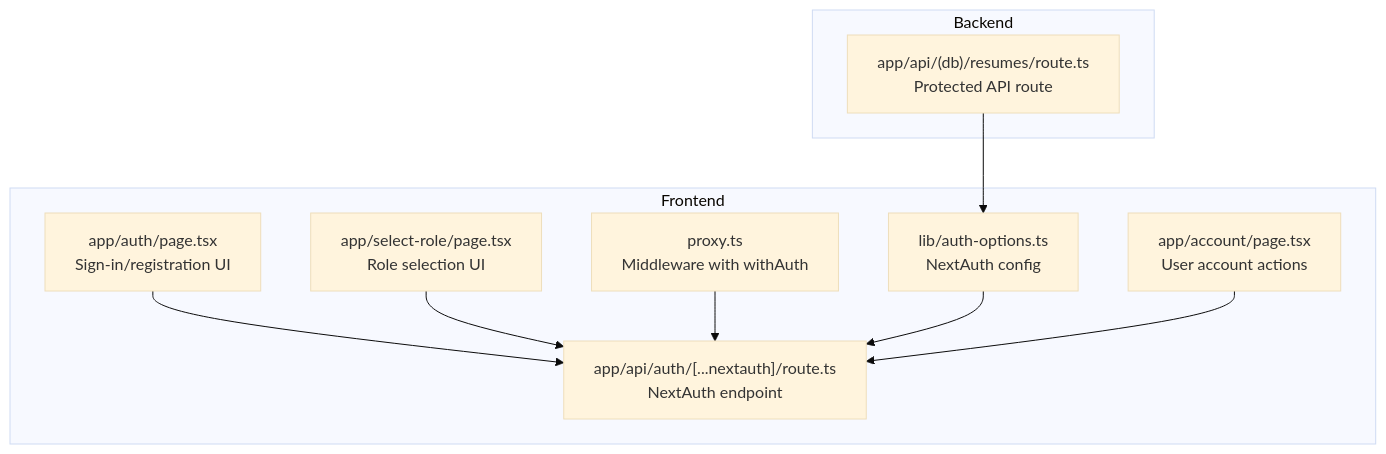
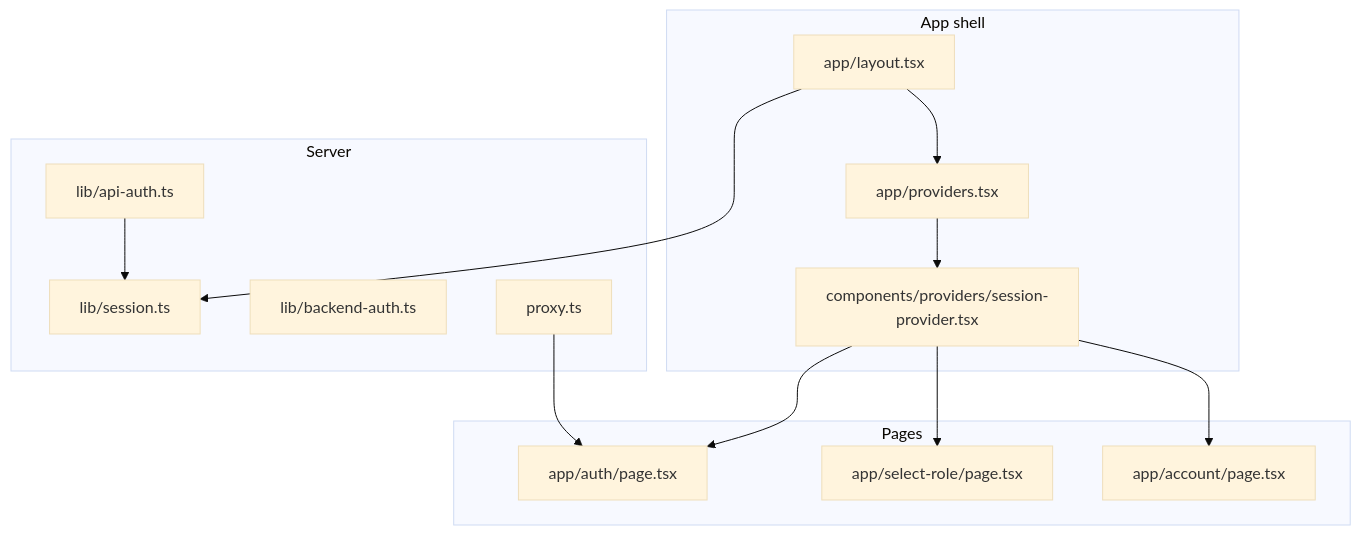
The first of 3 diagrams in src/data/docs/talentsync/Frontend Application/State Management/Authentication State.md (tashifkhan/tashif.codes), drawn with Mermaid (base theme) before and after one commit. The commit also changed other lines of this file and 2128 other files, not shown here.

First line of the commit message:
docs: replace raster diagram images with native Mermaid across project guides

````diff
--- a/src/data/docs/talentsync/Frontend Application/State Management/Authentication State.md
+++ b/src/data/docs/talentsync/Frontend Application/State Management/Authentication State.md
@@ -14,20 +7,27 @@
 ```mermaid
 graph TB
-subgraph "Frontend"
-A["app/auth/page.tsx<br/>Sign-in/registration UI"]
-B["app/select-role/page.tsx<br/>Role selection UI"]
-C["proxy.ts<br/>Middleware with withAuth"]
-D["lib/auth-options.ts<br/>NextAuth config"]
-E["app/api/auth/[...nextauth]/route.ts<br/>NextAuth endpoint"]
-F["app/account/page.tsx<br/>User account actions"]
+subgraph "App shell"
+L["app/layout.tsx"]
+P["app/providers.tsx"]
+SP["components/providers/session-provider.tsx"]
 end
-subgraph "Backend"
-G["app/api/(db)/resumes/route.ts<br/>Protected API route"]
+subgraph "Server"
+SESS["lib/session.ts"]
+AUTH["lib/api-auth.ts"]
+MINT["lib/backend-auth.ts"]
+PROXY["proxy.ts"]
 end
-A --> E
-B --> E
-C --> E
-D --> E
-F --> E
-G --> D
+subgraph "Pages"
+A["app/auth/page.tsx"]
+R["app/select-role/page.tsx"]
+ACC["app/account/page.tsx"]
+end
+L --> SESS
+L --> P
+P --> SP
+SP --> A
+SP --> R
+SP --> ACC
+PROXY --> A
+AUTH --> SESS
 ```
````
